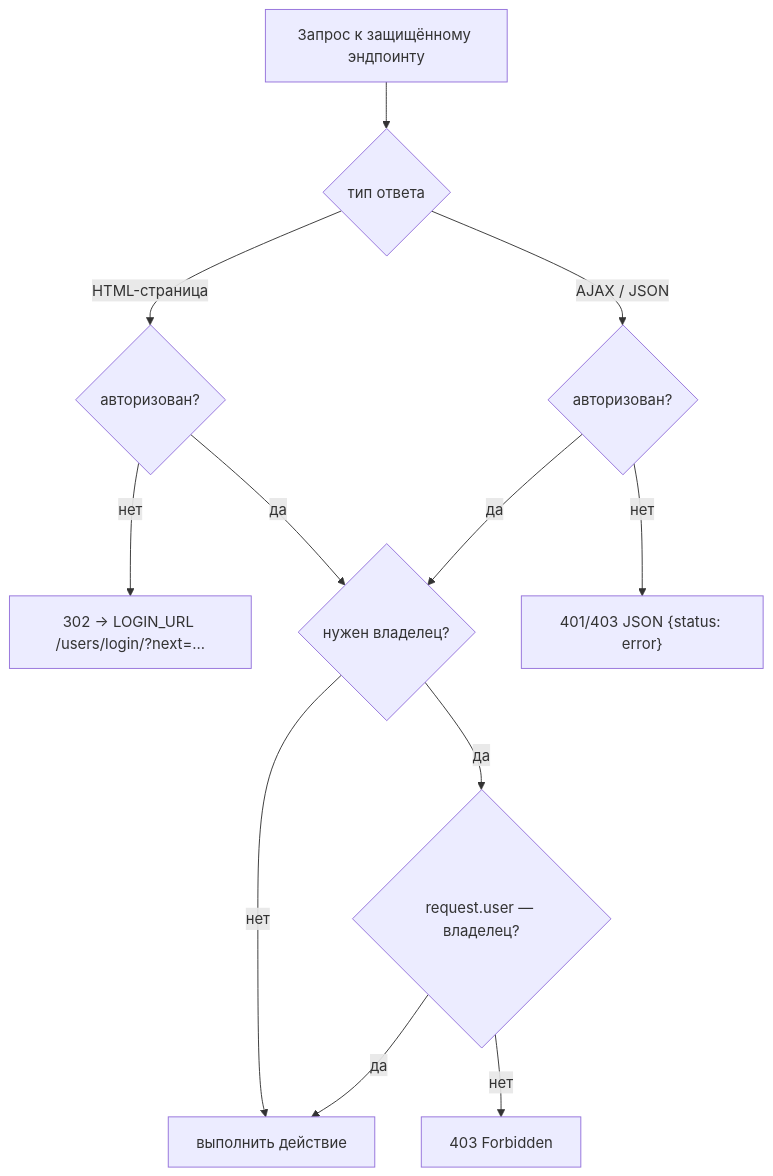
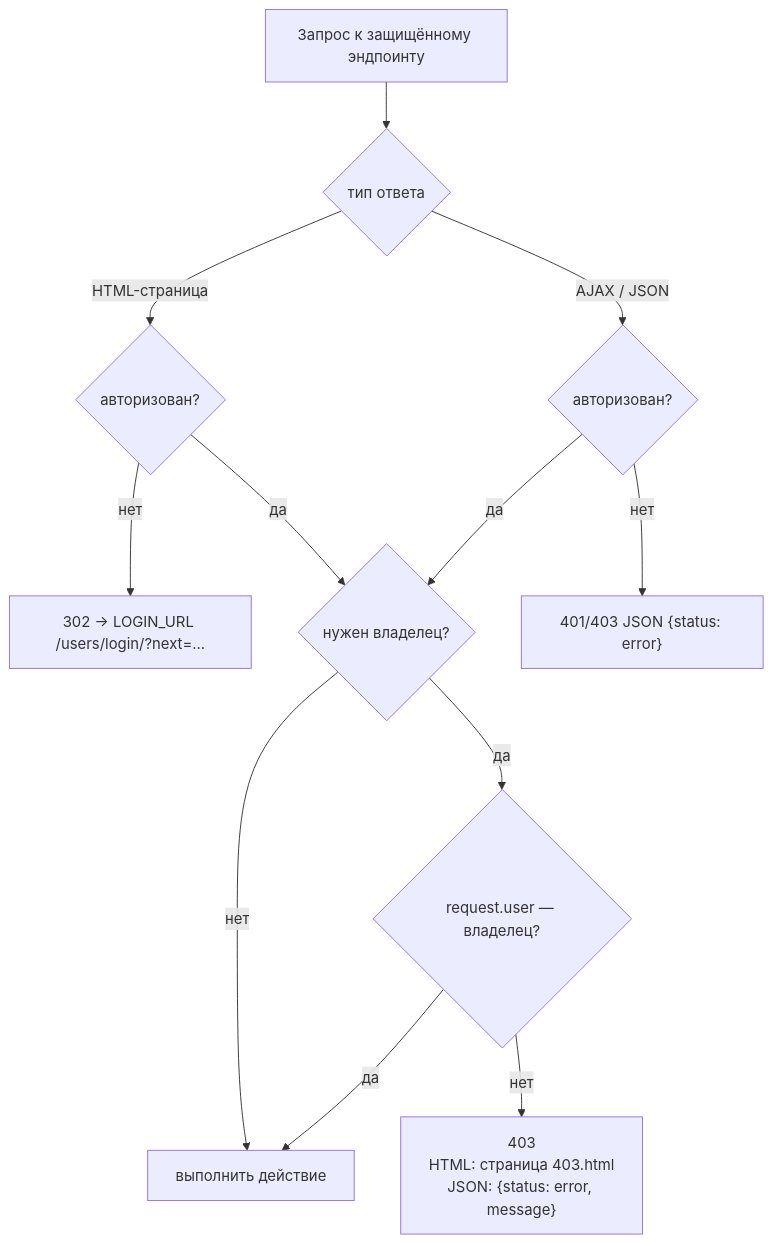
One commit to g3eraa/team-finder-ad changed diagram 22 of 24 in ARCHITECTURE.md. Above: the diagram before and after it, drawn with Mermaid. The commit also changed other lines of this file and 53 other files, not shown here.

````diff
--- a/ARCHITECTURE.md
+++ b/ARCHITECTURE.md
@@ -789,14 +820,14 @@
 ```mermaid
 flowchart TD
     R["Запрос к защищённому эндпоинту"] --> T{"тип ответа"}
     T -- "HTML-страница" --> LA{"авторизован?"}
     LA -- "нет" --> RL["302 → LOGIN_URL /users/login/?next=..."]
     LA -- "да" --> OW
     T -- "AJAX / JSON" --> JA{"авторизован?"}
     JA -- "нет" --> J401["401/403 JSON {status: error}"]
     JA -- "да" --> OW{"нужен владелец?"}
     OW -- "нет" --> OK["выполнить действие"]
     OW -- "да" --> CHK{"request.user — владелец?"}
-    CHK -- "нет" --> F403["403 Forbidden"]
+    CHK -- "нет" --> F403["403<br/>HTML: страница 403.html<br/>JSON: {status: error, message}"]
     CHK -- "да" --> OK
 ```
````
